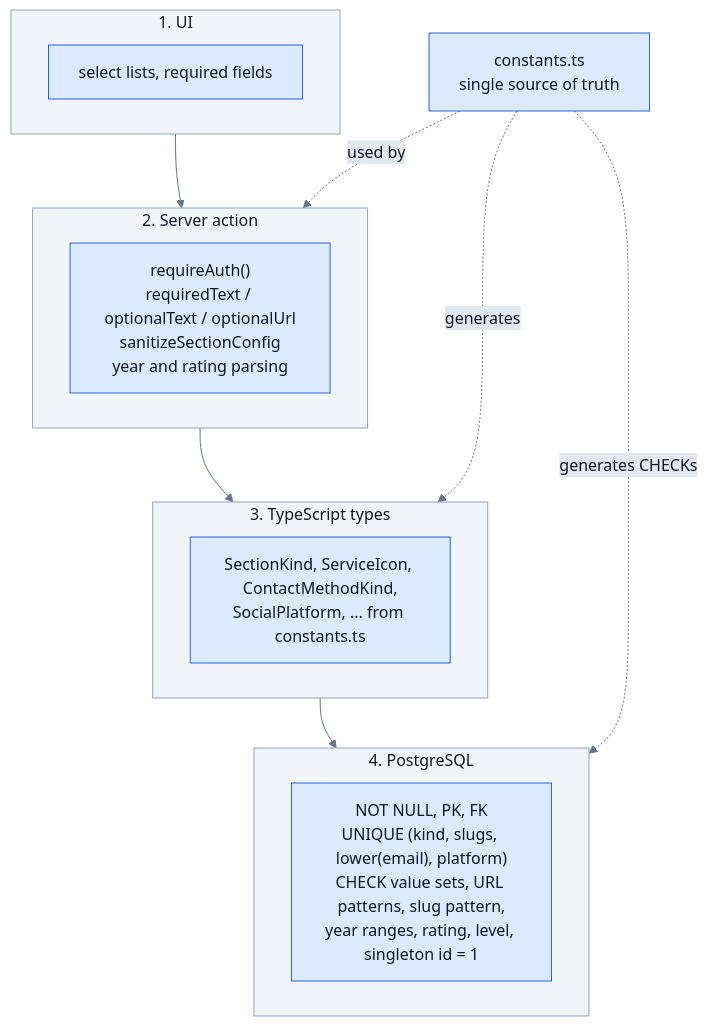
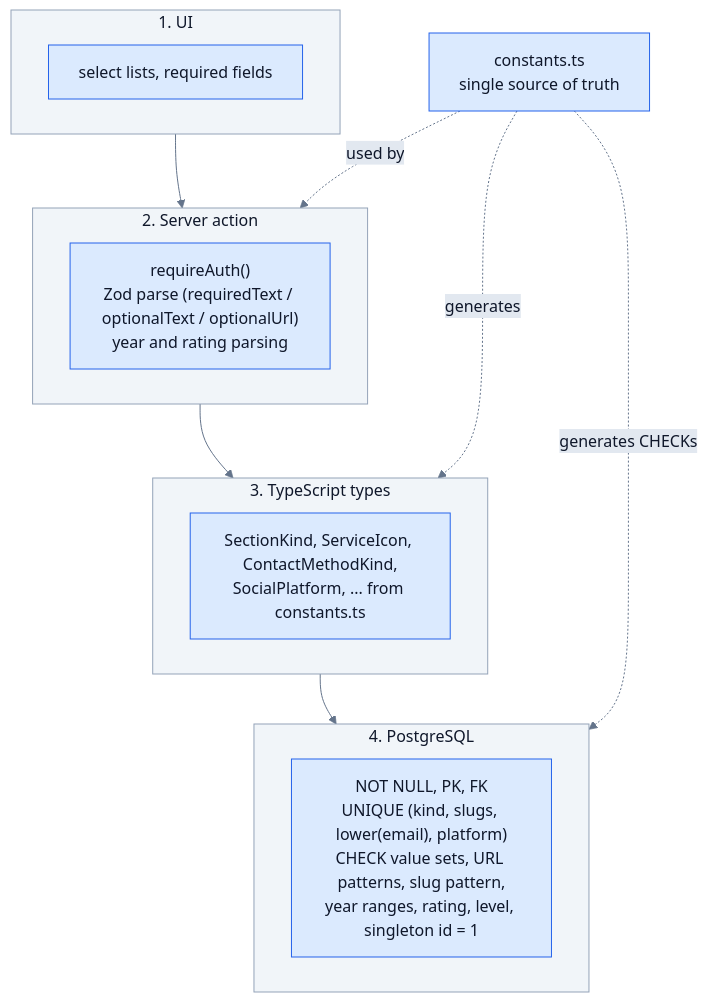
Before and after one commit to mhmdsbr/portfolio: diagram 13 of 14 in docs/database-architecture.md, drawn with Mermaid. The commit also changed other lines of this file and 31 other files, not shown here.

````diff
--- a/docs/database-architecture.md
+++ b/docs/database-architecture.md
@@ -485,21 +485,21 @@
 ```mermaid
 %%{init: {'theme':'base','themeVariables':{'primaryColor':'#dbeafe','primaryTextColor':'#0f172a','primaryBorderColor':'#2563eb','secondaryColor':'#e0f2fe','tertiaryColor':'#f1f5f9','lineColor':'#64748b','textColor':'#0f172a','mainBkg':'#dbeafe','nodeBorder':'#2563eb','clusterBkg':'#f1f5f9','clusterBorder':'#94a3b8','titleColor':'#0f172a','edgeLabelBackground':'#e2e8f0'}}}%%
 flowchart TB
     subgraph L1["1. UI"]
         U1["select lists, required fields"]
     end
     subgraph L2["2. Server action"]
-        U2["requireAuth()<br/>requiredText / optionalText / optionalUrl<br/>sanitizeSectionConfig<br/>year and rating parsing"]
+        U2["requireAuth()<br/>Zod parse (requiredText / optionalText / optionalUrl)<br/>year and rating parsing"]
     end
     subgraph L3["3. TypeScript types"]
         U3["SectionKind, ServiceIcon, ContactMethodKind,<br/>SocialPlatform, ... from constants.ts"]
     end
     subgraph L4["4. PostgreSQL"]
         U4["NOT NULL, PK, FK<br/>UNIQUE (kind, slugs, lower(email), platform)<br/>CHECK value sets, URL patterns, slug pattern,<br/>year ranges, rating, level, singleton id = 1"]
     end
 
     L1 --> L2 --> L3 --> L4
     CONST["constants.ts<br/>single source of truth"] -. generates .-> L3
     CONST -. generates CHECKs .-> L4
     CONST -. used by .-> L2
 ```
````
